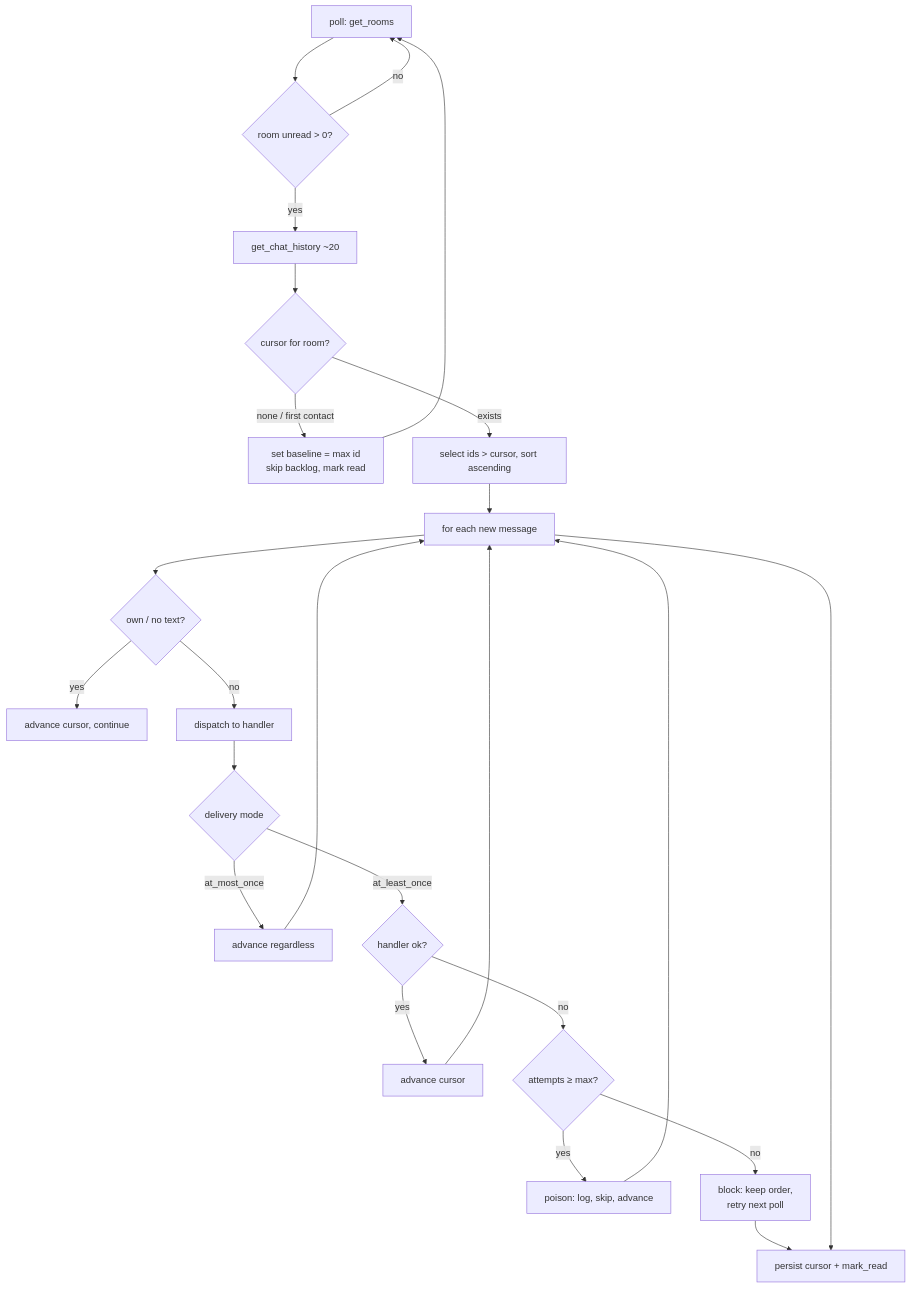
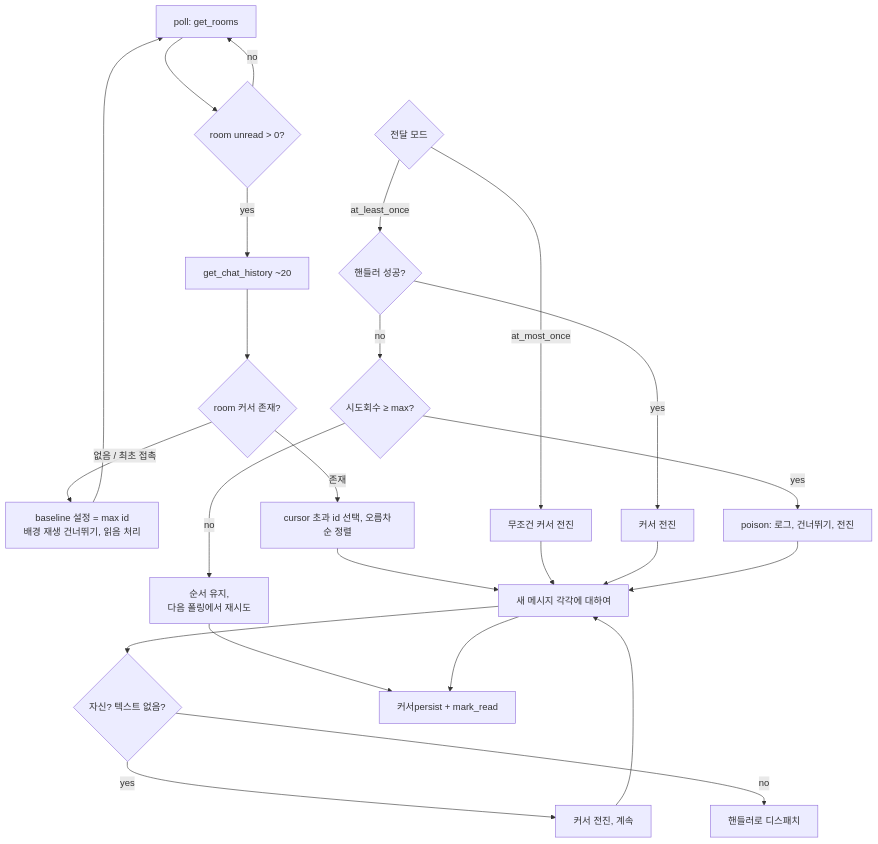
The fourth of 5 diagrams in docs/ARCHITECTURE.md (junsik/python-daouoffice-bot), drawn with Mermaid before and after one commit. The commit also changed other lines of this file and 5 other files, not shown here.

````diff
--- a/docs/ARCHITECTURE.md
+++ b/docs/ARCHITECTURE.md
@@ -110,21 +101,21 @@
 ```mermaid
 flowchart TD
     A[poll: get_rooms] --> B{room unread > 0?}
     B -- no --> A
     B -- yes --> C[get_chat_history ~20]
-    C --> D{cursor for room?}
-    D -- none / first contact --> E[set baseline = max id<br/>skip backlog, mark read] --> A
-    D -- exists --> F[select ids &gt; cursor, sort ascending]
-    F --> G[for each new message]
-    G --> H{own / no text?}
-    H -- yes --> I[advance cursor, continue]
-    H -- no --> J[dispatch to handler]
-    J --> K{delivery mode}
-    K -- at_most_once --> L[advance regardless] --> G
-    K -- at_least_once --> M{handler ok?}
-    M -- yes --> N[advance cursor] --> G
-    M -- no --> O{attempts &ge; max?}
-    O -- yes --> P[poison: log, skip, advance] --> G
-    O -- no --> Q[block: keep order,<br/>retry next poll] --> R
-    G --> R[persist cursor + mark_read]
+    C --> D{room 커서 존재?}
+    D -- 없음 / 최초 접촉 --> E[baseline 설정 = max id<br/>배경 재생 건너뛰기, 읽음 처리] --> A
+    D -- 존재 --> F[cursor 초과 id 선택, 오름차순 정렬]
+    F --> G[새 메시지 각각에 대하여]
+    G --> H{자신? 텍스트 없음?}
+    H -- yes --> I[커서 전진, 계속] --> G
+    H -- no --> J[핸들러로 디스패치]
+    K{전달 모드}
+    K -- at_most_once --> L[무조건 커서 전진] --> G
+    K -- at_least_once --> M{핸들러 성공?}
+    M -- yes --> N[커서 전진] --> G
+    M -- no --> O{시도회수 &ge; max?}
+    O -- yes --> P[poison: 로그, 건너뛰기, 전진] --> G
+    O -- no --> Q[순서 유지,<br/>다음 폴링에서 재시도] --> R
+    G --> R[커서persist + mark_read]
 ```
````
